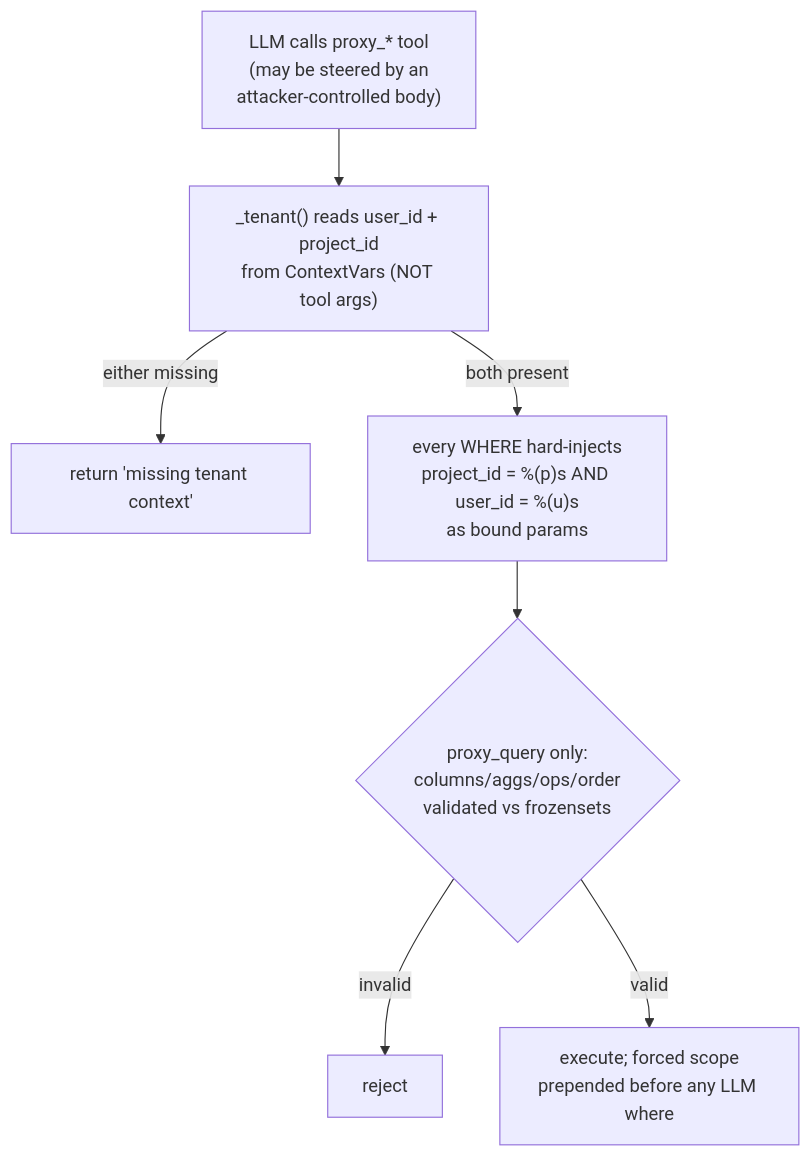
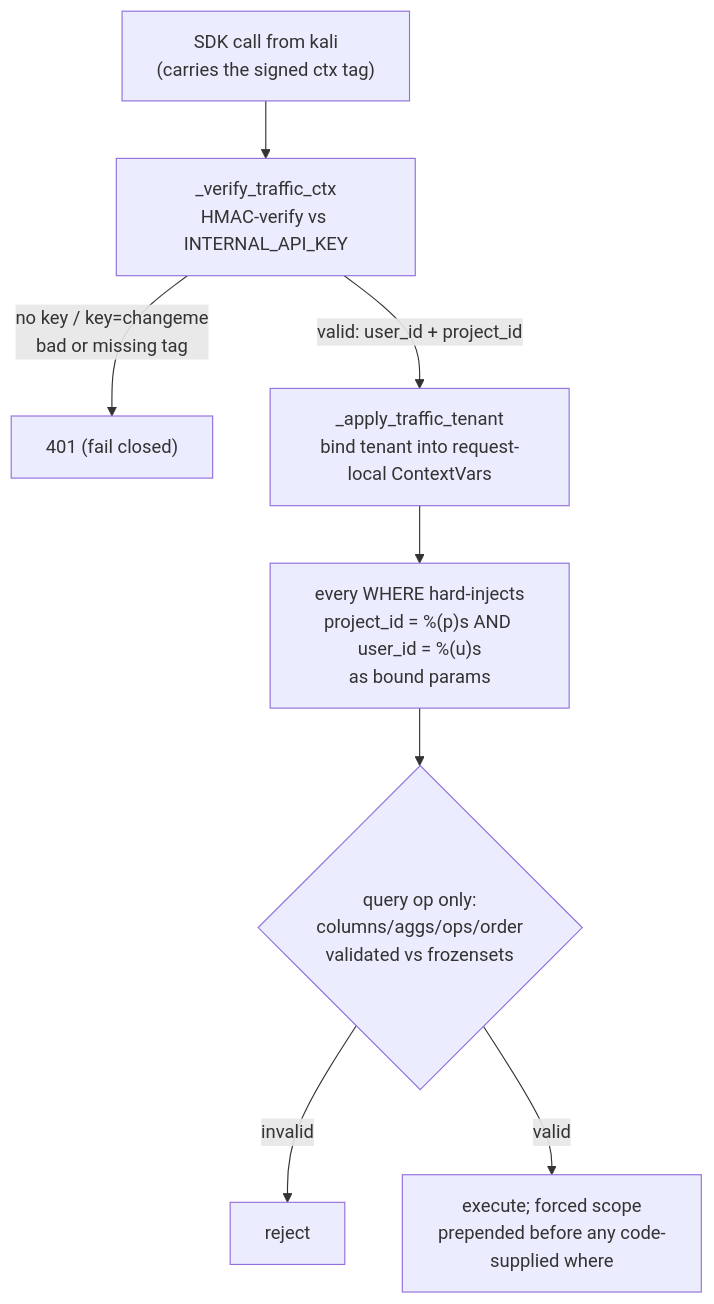
The ninth of 11 diagrams in docs/readmes/README.TRAFFIC.md (L4stPL4Y3R/redamon), drawn with Mermaid before and after one commit. The commit also changed other lines of this file and 5 other files, not shown here.

First line of the commit message:
docs(agentic): release v6.12.0 - proxy_brain replaces the ten proxy_* tools

````diff
--- a/docs/readmes/README.TRAFFIC.md
+++ b/docs/readmes/README.TRAFFIC.md
@@ -831,9 +876,10 @@
 ```mermaid
 flowchart TD
-    LLM["LLM calls proxy_* tool<br/>(may be steered by an<br/>attacker-controlled body)"] --> TEN["_tenant() reads user_id + project_id<br/>from ContextVars (NOT tool args)"]
-    TEN -->|either missing| BAIL["return 'missing tenant context'"]
-    TEN -->|both present| SQL["every WHERE hard-injects<br/>project_id = %(p)s AND user_id = %(u)s<br/>as bound params"]
-    SQL --> QB{"proxy_query only:<br/>columns/aggs/ops/order<br/>validated vs frozensets"}
+    REQ["SDK call from kali<br/>(carries the signed ctx tag)"] --> VER["_verify_traffic_ctx<br/>HMAC-verify vs INTERNAL_API_KEY"]
+    VER -->|"no key / key=changeme<br/>bad or missing tag"| BAIL["401 (fail closed)"]
+    VER -->|"valid: user_id + project_id"| APPLY["_apply_traffic_tenant<br/>bind tenant into request-local ContextVars"]
+    APPLY --> SQL["every WHERE hard-injects<br/>project_id = %(p)s AND user_id = %(u)s<br/>as bound params"]
+    SQL --> QB{"query op only:<br/>columns/aggs/ops/order<br/>validated vs frozensets"}
     QB -->|invalid| REJ["reject"]
-    QB -->|valid| RUN["execute; forced scope<br/>prepended before any LLM where"]
+    QB -->|valid| RUN["execute; forced scope<br/>prepended before any code-supplied where"]
 ```
````
